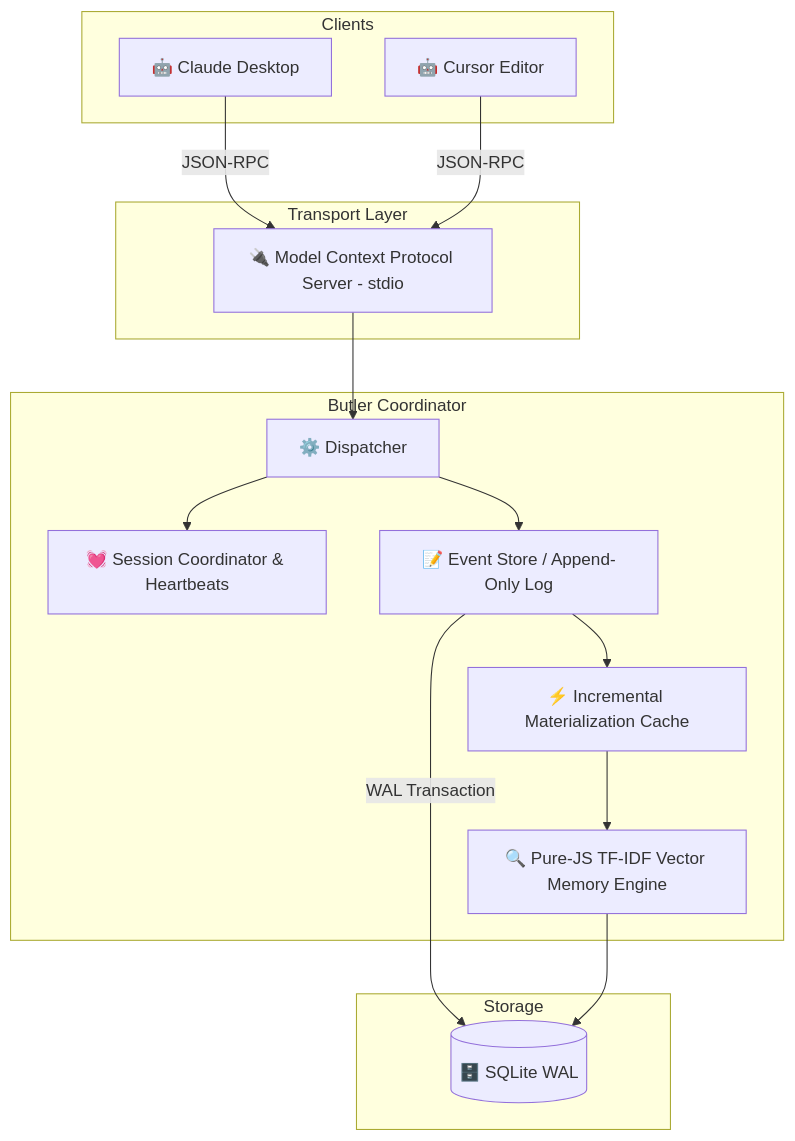
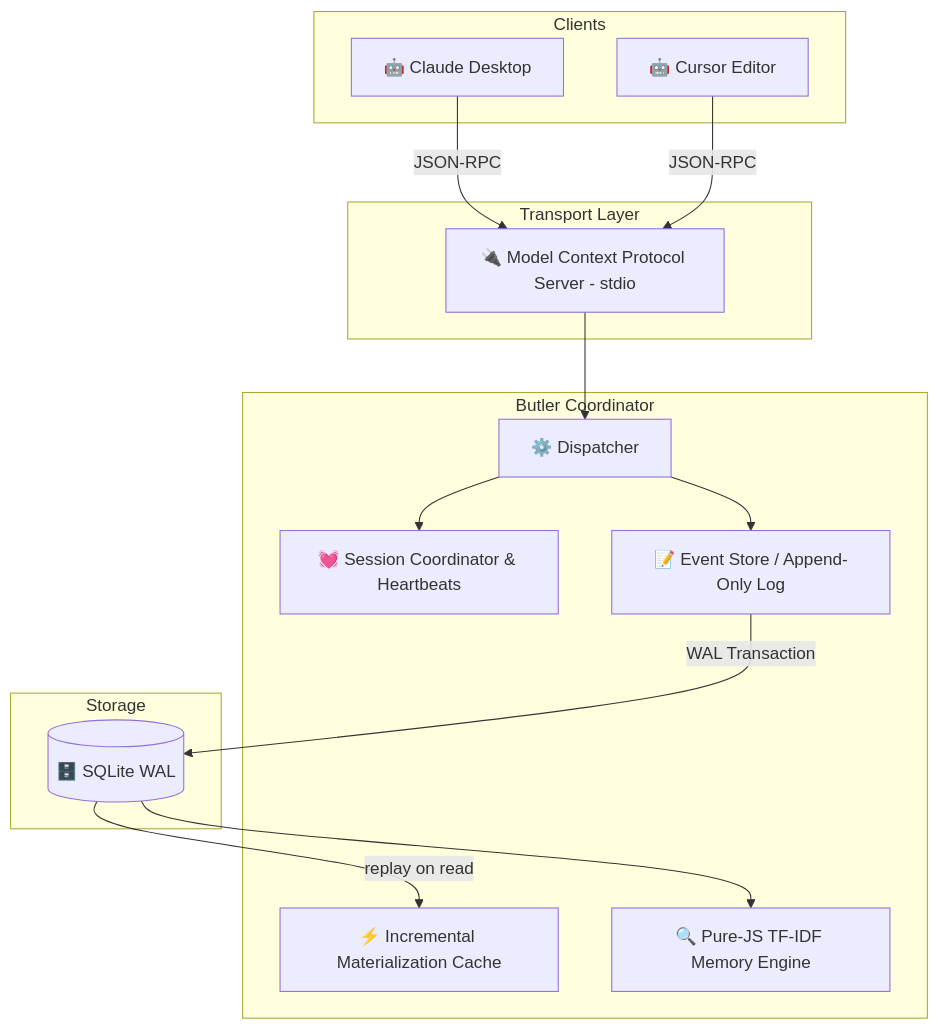
One commit to Teycir/Butler changed the diagram in README.md. Above: the diagram before and after it, drawn with Mermaid. The commit also changed other lines of this file, not shown here.

First line of the commit message:
docs(readme): update installation guide and architecture diagram

````diff
--- a/README.md
+++ b/README.md
@@ -111,33 +114,32 @@
 ```mermaid
 graph TD
     subgraph Clients
         C1[🤖 Claude Desktop]
         C2[🤖 Cursor Editor]
     end
 
     subgraph Transport Layer
         MCP[🔌 Model Context Protocol Server - stdio]
     end
 
     subgraph Butler Coordinator
         DISP[⚙️ Dispatcher]
         COOR[💓 Session Coordinator & Heartbeats]
         EVSTORE[📝 Event Store / Append-Only Log]
         CACHE[⚡ Incremental Materialization Cache]
-        VEC[🔍 Pure-JS TF-IDF Vector Memory Engine]
+        VEC[🔍 Pure-JS TF-IDF Memory Engine]
     end
 
     subgraph Storage
         DB[(🗄️ SQLite WAL)]
     end
 
     C1 -->|JSON-RPC| MCP
     C2 -->|JSON-RPC| MCP
     MCP --> DISP
     DISP --> COOR
     DISP --> EVSTORE
-    EVSTORE --> CACHE
     EVSTORE -->|WAL Transaction| DB
-    CACHE --> VEC
-    VEC --> DB
+    DB -->|replay on read| CACHE
+    DB --> VEC
 ```
````
